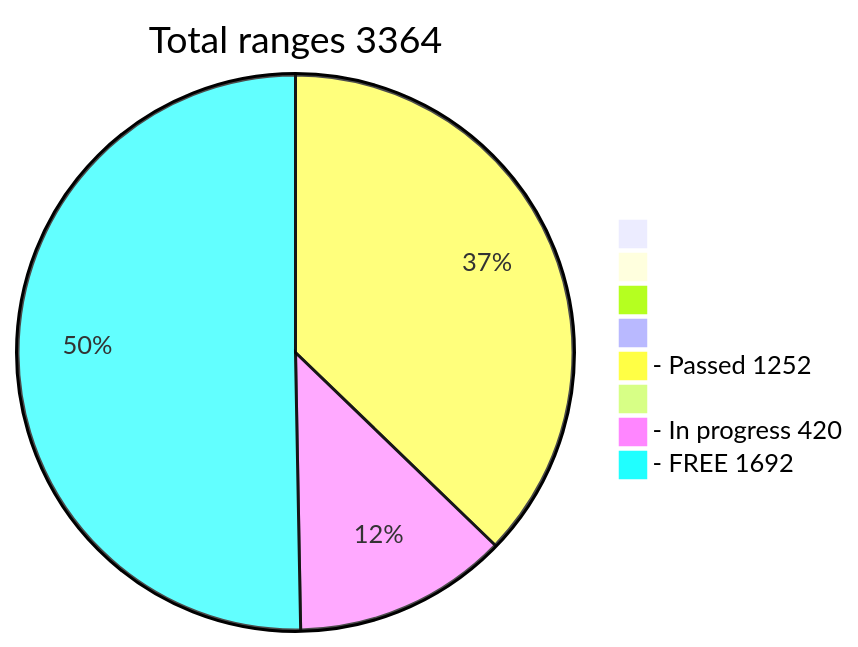
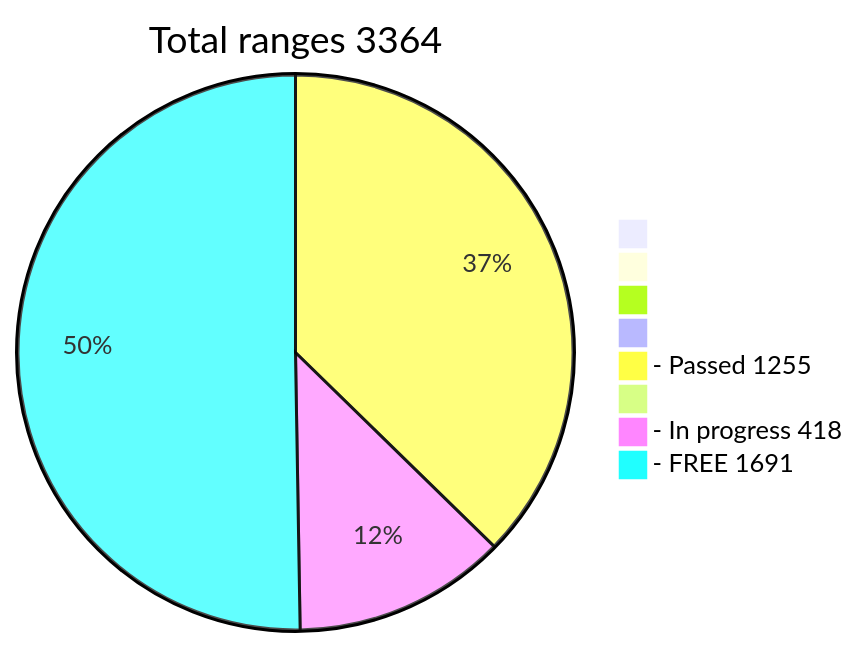
One commit to phrutis/wif500 changed the diagram in README.md. Above: the diagram before and after it, drawn with Mermaid.

````diff
--- a/README.md
+++ b/README.md
@@ -16,12 +16,12 @@
 ```mermaid
 pie title Total ranges 3364
              " " : 0
             "  " : 0
            "   " : 0
           "    " : 0
-  "- Passed 1252" : 1252
+  "- Passed 1255" : 1255
          "     " : 0
-  "- In progress 420" : 420
-   "- FREE 1692" : 1692
+  "- In progress 418" : 418
+   "- FREE 1691" : 1691
    
 ```
````
